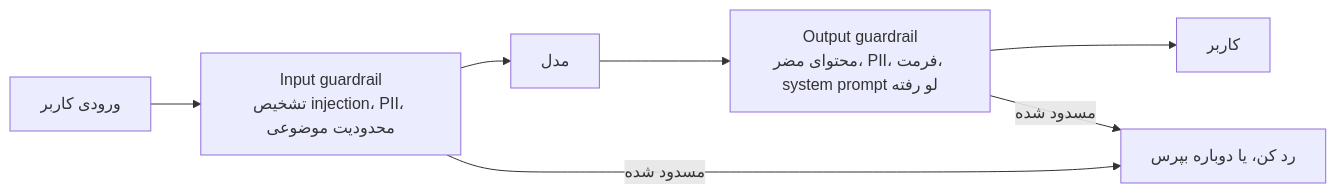
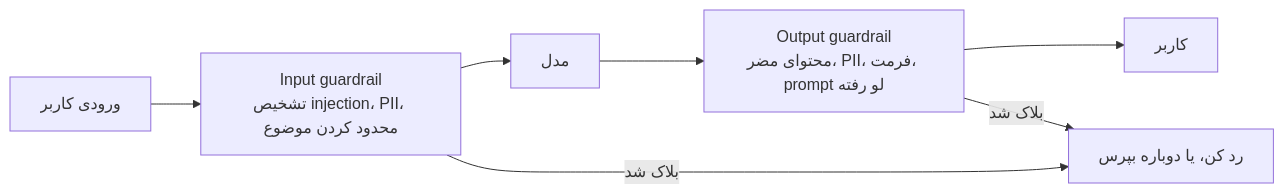
The first of 2 diagrams in mini-courses/2_intermediate/security_fa.md (lokumai/ai-engineering-bazaar), drawn with Mermaid before and after one commit. The commit also changed other lines of this file and 82 other files, not shown here.

````diff
--- a/mini-courses/2_intermediate/security_fa.md
+++ b/mini-courses/2_intermediate/security_fa.md
@@ -61,9 +63,9 @@
 ```mermaid
 graph LR
-    A["ورودی کاربر"] --> B["Input guardrail<br/>تشخیص injection، PII، محدودیت موضوعی"]
+    A["ورودی کاربر"] --> B["Input guardrail<br/>تشخیص injection، PII، محدود کردن موضوع"]
     B --> C["مدل"]
-    C --> D["Output guardrail<br/>محتوای مضر، PII، فرمت، system prompt لو رفته"]
+    C --> D["Output guardrail<br/>محتوای مضر، PII، فرمت، prompt لو رفته"]
     D --> E["کاربر"]
-    B -->|مسدود شده| F["رد کن، یا دوباره بپرس"]
-    D -->|مسدود شده| F
+    B -->|بلاک شد| F["رد کن، یا دوباره بپرس"]
+    D -->|بلاک شد| F
 ```
````
